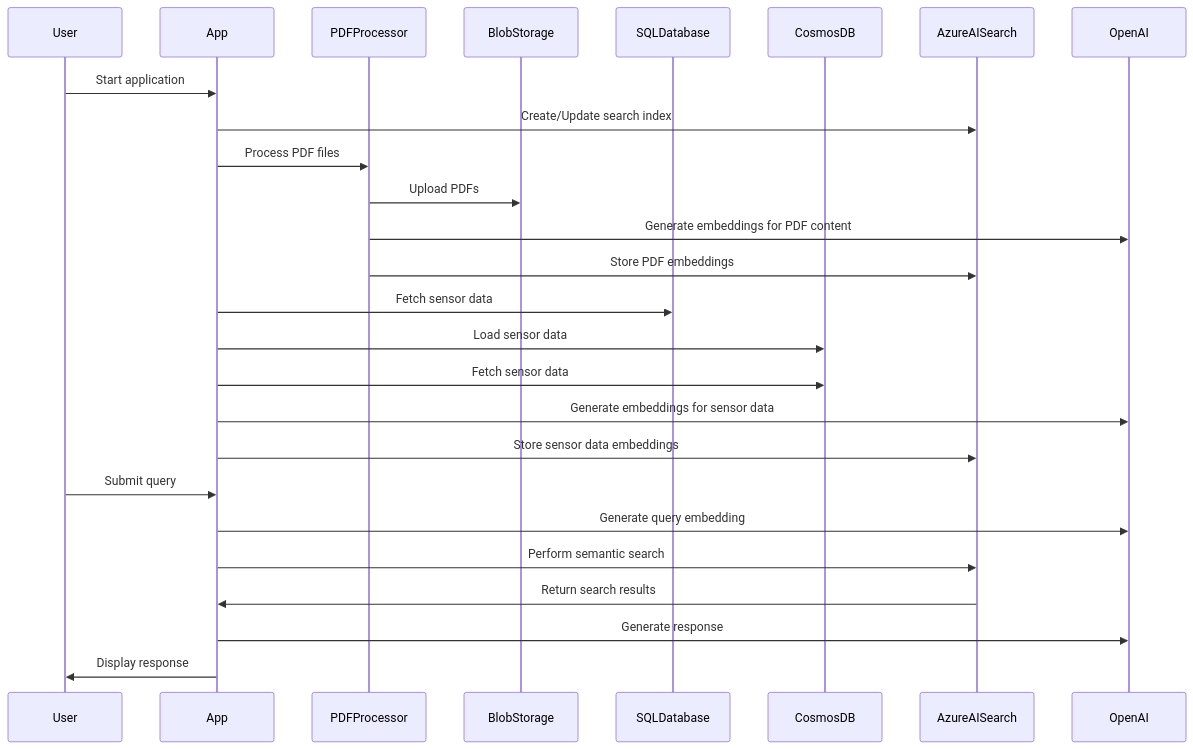
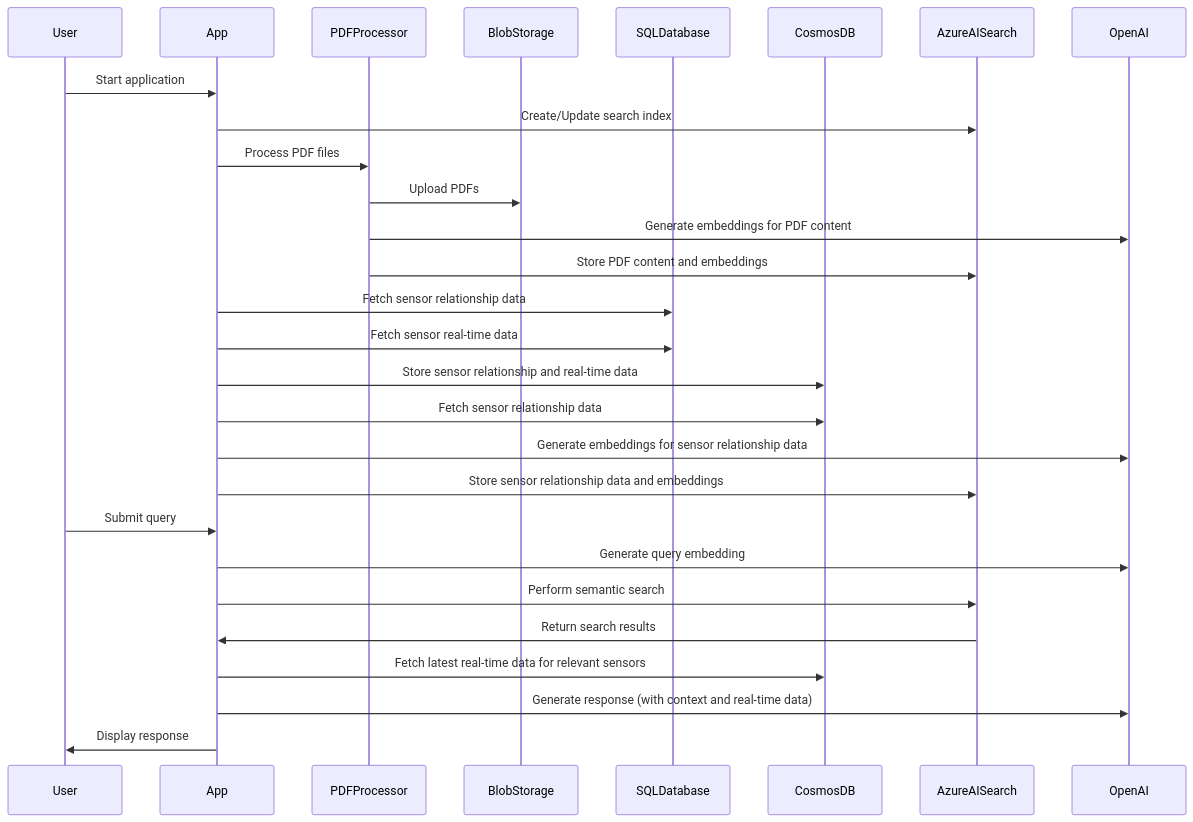
One commit to kaljuvee/sensor-rag changed the diagram in sequence_diagram.mermaid. Above: the diagram before and after it, drawn with Mermaid. The commit also changed 3 other files, not shown here.

```diff
--- a/sequence_diagram.mermaid
+++ b/sequence_diagram.mermaid
@@ -1,27 +1,29 @@
 sequenceDiagram
     participant User
     participant App
     participant PDFProcessor
     participant BlobStorage
     participant SQLDatabase
     participant CosmosDB
     participant AzureAISearch
     participant OpenAI
 
     User->>App: Start application
     App->>AzureAISearch: Create/Update search index
     App->>PDFProcessor: Process PDF files
     PDFProcessor->>BlobStorage: Upload PDFs
     PDFProcessor->>OpenAI: Generate embeddings for PDF content
-    PDFProcessor->>AzureAISearch: Store PDF embeddings
-    App->>SQLDatabase: Fetch sensor data
-    App->>CosmosDB: Load sensor data
-    App->>CosmosDB: Fetch sensor data
-    App->>OpenAI: Generate embeddings for sensor data
-    App->>AzureAISearch: Store sensor data embeddings
+    PDFProcessor->>AzureAISearch: Store PDF content and embeddings
+    App->>SQLDatabase: Fetch sensor relationship data
+    App->>SQLDatabase: Fetch sensor real-time data
+    App->>CosmosDB: Store sensor relationship and real-time data
+    App->>CosmosDB: Fetch sensor relationship data
+    App->>OpenAI: Generate embeddings for sensor relationship data
+    App->>AzureAISearch: Store sensor relationship data and embeddings
     User->>App: Submit query
     App->>OpenAI: Generate query embedding
     App->>AzureAISearch: Perform semantic search
     AzureAISearch->>App: Return search results
-    App->>OpenAI: Generate response
+    App->>CosmosDB: Fetch latest real-time data for relevant sensors
+    App->>OpenAI: Generate response (with context and real-time data)
     App->>User: Display response
```
